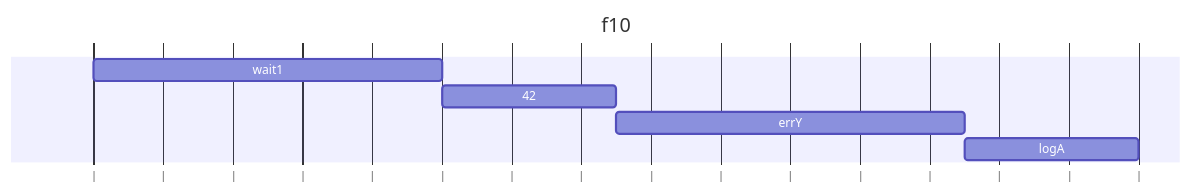
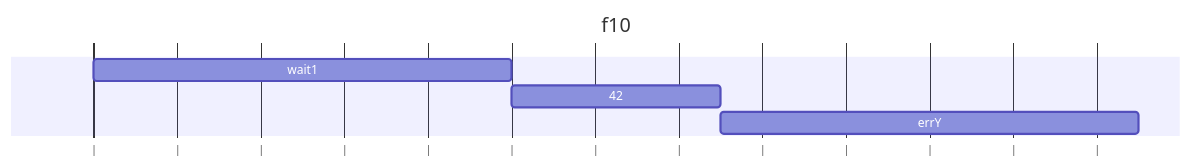
Before and after one commit to ErikaO777/js-exercises: the eighth of 10 diagrams in exercises/ch13/ex02/index.md, drawn with Mermaid. The commit also changed other lines of this file and 5 other files, not shown here.

````diff
--- a/exercises/ch13/ex02/index.md
+++ b/exercises/ch13/ex02/index.md
@@ -148,10 +147,9 @@
 ```mermaid
 gantt
     title f10
     dateFormat  s
     axisFormat |
         wait1 : w1, 0, 1s
         42: n, after w1, 0.5s
         errY : m, after n, 1s
-        logA : l2, after m, 0.5s
 ```
````
